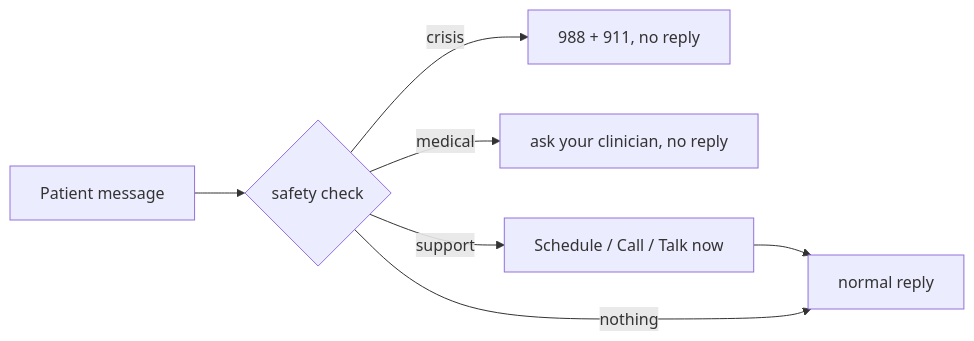
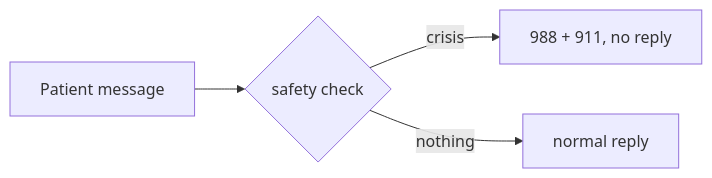
Before and after one commit to mirror-ac215/AC215_Mirror: the diagram in services/api-gateway/README.md, drawn with Mermaid. The commit also changed other lines of this file, not shown here.

````diff
--- a/services/api-gateway/README.md
+++ b/services/api-gateway/README.md
@@ -64,8 +59,6 @@
 ```mermaid
 flowchart LR
     M[Patient message] --> S{safety check}
     S -- crisis --> C[988 + 911, no reply]
-    S -- medical --> D[ask your clinician, no reply]
-    S -- support --> P[Schedule / Call / Talk now] --> N
     S -- nothing --> N[normal reply]
 ```
````
